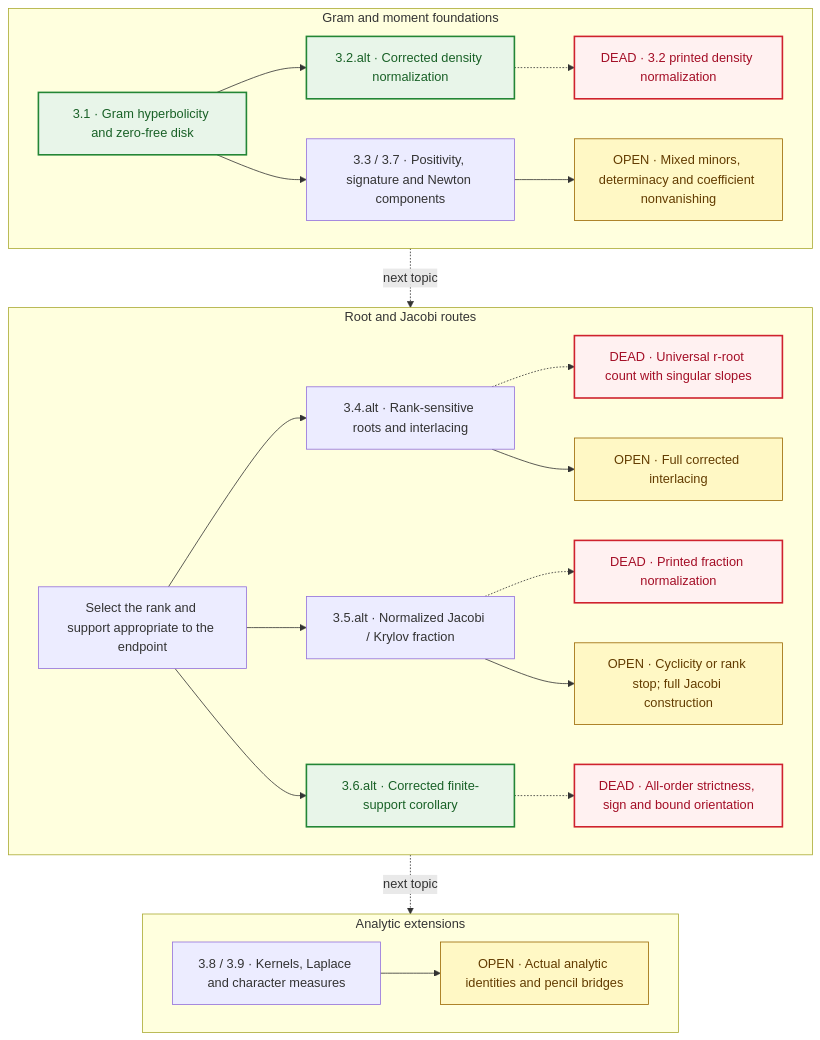
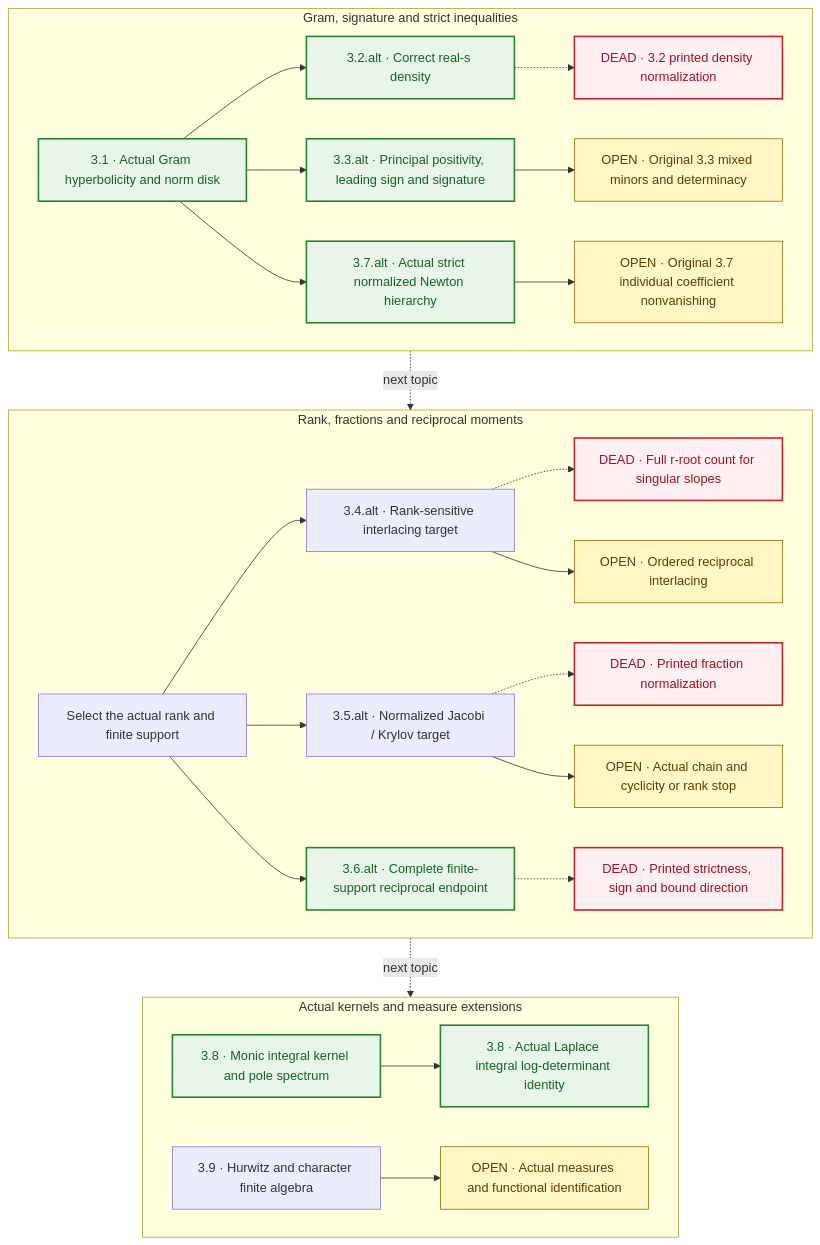
Before and after one commit to randogelist/zetahyperbolic-axiom: the sixth of 10 diagrams in README.md, drawn with Mermaid. The commit also changed other lines of this file and 28 other files, not shown here.

Commit message:
Record verified 260-module audit and complete manuscript theorem roadmap

````diff
--- a/README.md
+++ b/README.md
@@ -227,50 +231,56 @@
 ```mermaid
 flowchart TD
-    subgraph FOUNDATIONS["Gram and moment foundations"]
-        T31["3.1 · Gram hyperbolicity and zero-free disk"]
-        C32["3.2.alt · Corrected density normalization"]
+    subgraph FOUNDATIONS["Gram, signature and strict inequalities"]
+        T31["3.1 · Actual Gram hyperbolicity and norm disk"]
+        C32["3.2.alt · Correct real-s density"]
         D32["DEAD · 3.2 printed density normalization"]
-        CORE["3.3 / 3.7 · Positivity, signature and Newton components"]
-        OCORE["OPEN · Mixed minors, determinacy and coefficient nonvanishing"]
+        C33["3.3.alt · Principal positivity, leading sign and signature"]
+        O33["OPEN · Original 3.3 mixed minors and determinacy"]
+        C37["3.7.alt · Actual strict normalized Newton hierarchy"]
+        O37["OPEN · Original 3.7 individual coefficient nonvanishing"]
         T31 --> C32
         C32 -.-> D32
-        T31 --> CORE
-        CORE --> OCORE
+        T31 --> C33
+        C33 --> O33
+        T31 --> C37
+        C37 --> O37
     end
 
-    subgraph ROOTS["Root and Jacobi routes"]
-        ROOT["Select the rank and support appropriate to the endpoint"]
-        C34["3.4.alt · Rank-sensitive roots and interlacing"]
-        D34["DEAD · Universal r-root count with singular slopes"]
-        O34["OPEN · Full corrected interlacing"]
-        C35["3.5.alt · Normalized Jacobi / Krylov fraction"]
+    subgraph ROOTS["Rank, fractions and reciprocal moments"]
+        R["Select the actual rank and finite support"]
+        C34["3.4.alt · Rank-sensitive interlacing target"]
+        D34["DEAD · Full r-root count for singular slopes"]
+        O34["OPEN · Ordered reciprocal interlacing"]
+        C35["3.5.alt · Normalized Jacobi / Krylov target"]
         D35["DEAD · Printed fraction normalization"]
-        O35["OPEN · Cyclicity or rank stop; full Jacobi construction"]
-        C36["3.6.alt · Corrected finite-support corollary"]
-        D36["DEAD · All-order strictness, sign and bound orientation"]
-        ROOT --> C34
+        O35["OPEN · Actual chain and cyclicity or rank stop"]
+        C36["3.6.alt · Complete finite-support reciprocal endpoint"]
+        D36["DEAD · Printed strictness, sign and bound direction"]
+        R --> C34
         C34 -.-> D34
         C34 --> O34
-        ROOT --> C35
+        R --> C35
         C35 -.-> D35
         C35 --> O35
-        ROOT --> C36
+        R --> C36
         C36 -.-> D36
     end
 
-    subgraph EXTENSIONS["Analytic extensions"]
-        ANALYTIC["3.8 / 3.9 · Kernels, Laplace and character measures"]
-        OANALYTIC["OPEN · Actual analytic identities and pencil bridges"]
-        ANALYTIC --> OANALYTIC
+    subgraph ANALYTIC["Actual kernels and measure extensions"]
+        T38["3.8 · Monic integral kernel and pole spectrum"]
+        L38["3.8 · Actual Laplace integral log-determinant identity"]
+        T39["3.9 · Hurwitz and character finite algebra"]
+        O39["OPEN · Actual measures and functional identification"]
+        T38 --> L38
+        T39 --> O39
     end
 
     FOUNDATIONS -. next topic .-> ROOTS
-    ROOTS -. next topic .-> EXTENSIONS
-
+    ROOTS -. next topic .-> ANALYTIC
     classDef verified fill:#e8f5e9,stroke:#238636,color:#196127,stroke-width:2px;
     classDef dead fill:#fff1f1,stroke:#cf222e,color:#a40e26,stroke-width:2px;
     classDef open fill:#fff8c5,stroke:#9a6700,color:#633c01;
-    class T31,C32,C36 verified;
+    class T31,C32,C33,C37,C36,T38,L38 verified;
     class D32,D34,D35,D36 dead;
-    class OCORE,O34,O35,OANALYTIC open;
+    class O33,O37,O34,O35,O39 open;
 ```
````
